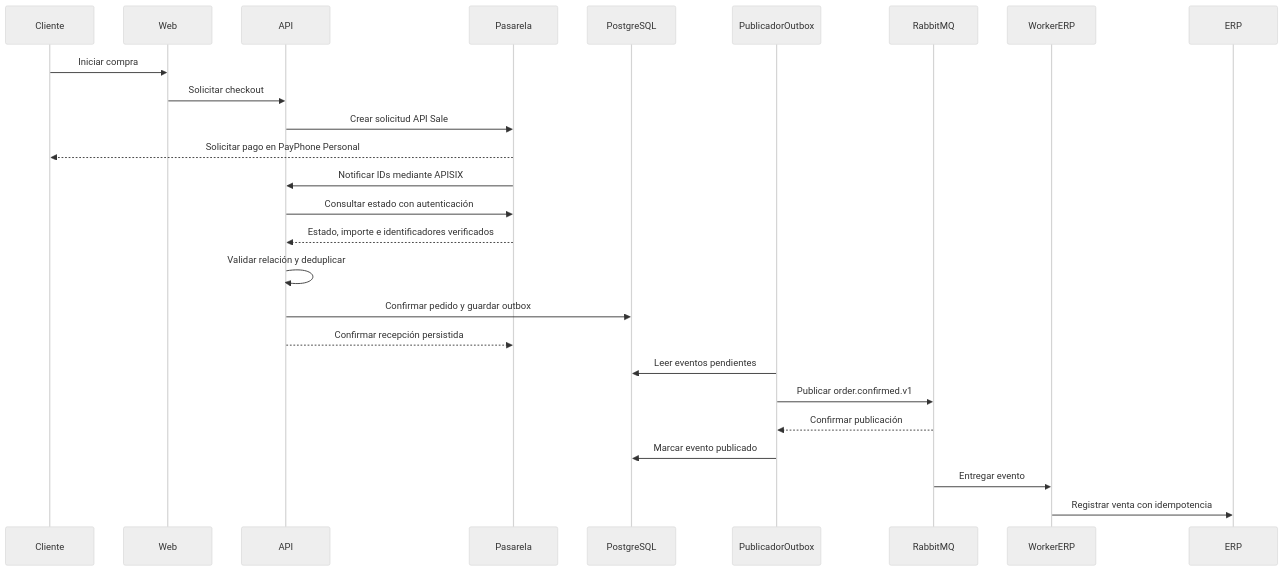
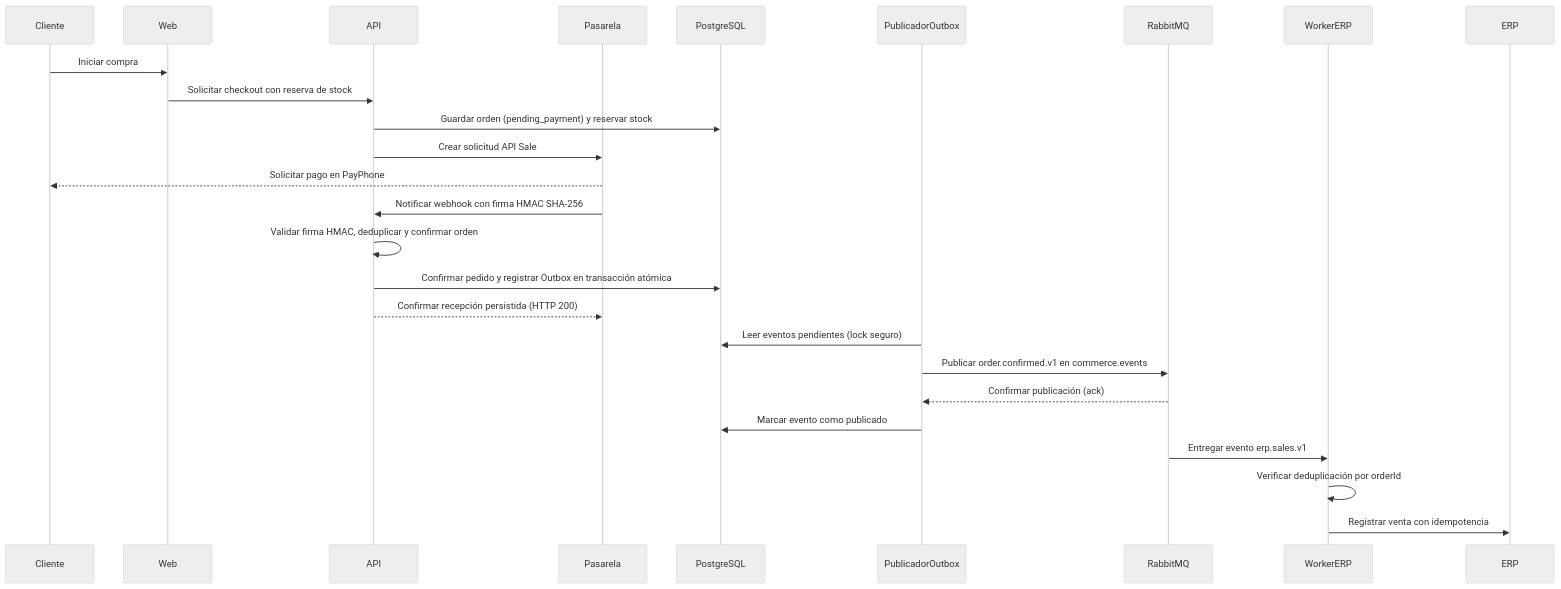
The second of 2 diagrams in README.md (TESSIUM-Tech/GroupMG-Commerce-Demo), drawn with Mermaid (neutral theme) before and after one commit. The commit also changed other lines of this file and 2 other files, not shown here.

````diff
--- a/README.md
+++ b/README.md
@@ -74,29 +68,29 @@
 ```mermaid
 sequenceDiagram
     participant Cliente
     participant Web
     participant API
     participant Pasarela
     participant PostgreSQL
     participant PublicadorOutbox
     participant RabbitMQ
     participant WorkerERP
     participant ERP
 
     Cliente->>Web: Iniciar compra
-    Web->>API: Solicitar checkout
+    Web->>API: Solicitar checkout con reserva de stock
+    API->>PostgreSQL: Guardar orden (pending_payment) y reservar stock
     API->>Pasarela: Crear solicitud API Sale
-    Pasarela-->>Cliente: Solicitar pago en PayPhone Personal
-    Pasarela->>API: Notificar IDs mediante APISIX
-    API->>Pasarela: Consultar estado con autenticación
-    Pasarela-->>API: Estado, importe e identificadores verificados
-    API->>API: Validar relación y deduplicar
-    API->>PostgreSQL: Confirmar pedido y guardar outbox
-    API-->>Pasarela: Confirmar recepción persistida
-    PublicadorOutbox->>PostgreSQL: Leer eventos pendientes
-    PublicadorOutbox->>RabbitMQ: Publicar order.confirmed.v1
-    RabbitMQ-->>PublicadorOutbox: Confirmar publicación
-    PublicadorOutbox->>PostgreSQL: Marcar evento publicado
-    RabbitMQ->>WorkerERP: Entregar evento
+    Pasarela-->>Cliente: Solicitar pago en PayPhone
+    Pasarela->>API: Notificar webhook con firma HMAC SHA-256
+    API->>API: Validar firma HMAC, deduplicar y confirmar orden
+    API->>PostgreSQL: Confirmar pedido y registrar Outbox en transacción atómica
+    API-->>Pasarela: Confirmar recepción persistida (HTTP 200)
+    PublicadorOutbox->>PostgreSQL: Leer eventos pendientes (lock seguro)
+    PublicadorOutbox->>RabbitMQ: Publicar order.confirmed.v1 en commerce.events
+    RabbitMQ-->>PublicadorOutbox: Confirmar publicación (ack)
+    PublicadorOutbox->>PostgreSQL: Marcar evento como publicado
+    RabbitMQ->>WorkerERP: Entregar evento erp.sales.v1
+    WorkerERP->>WorkerERP: Verificar deduplicación por orderId
     WorkerERP->>ERP: Registrar venta con idempotencia
 ```
````
